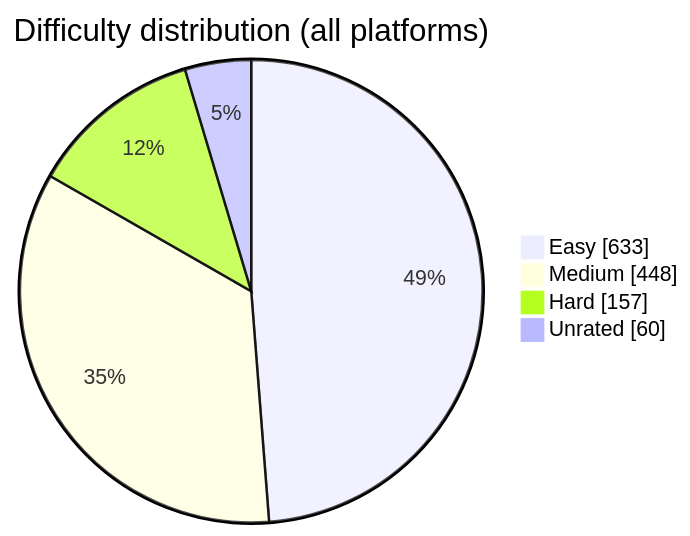
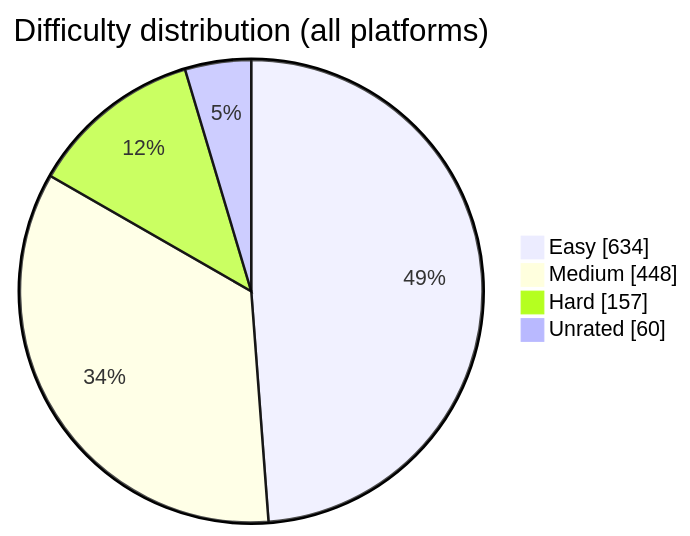
One commit to BuildbyArindam/Daily-Coding-Log changed the diagram in README.md. Above: the diagram before and after it, drawn with Mermaid. The commit also changed other lines of this file, not shown here.

````diff
--- a/README.md
+++ b/README.md
@@ -93,7 +93,7 @@
 ```mermaid
 pie showData title Difficulty distribution (all platforms)
-    "Easy" : 633
+    "Easy" : 634
     "Medium" : 448
     "Hard" : 157
     "Unrated" : 60
 ```
````
